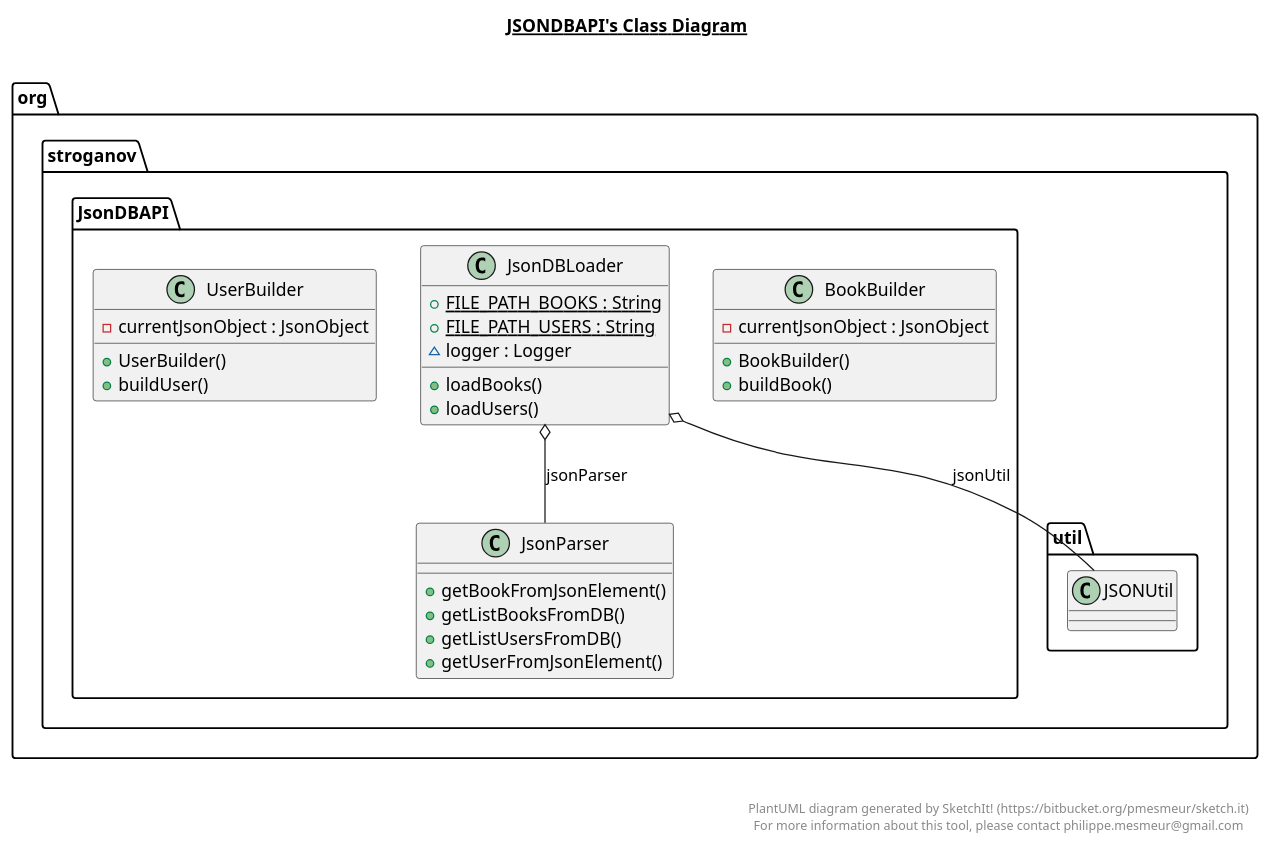
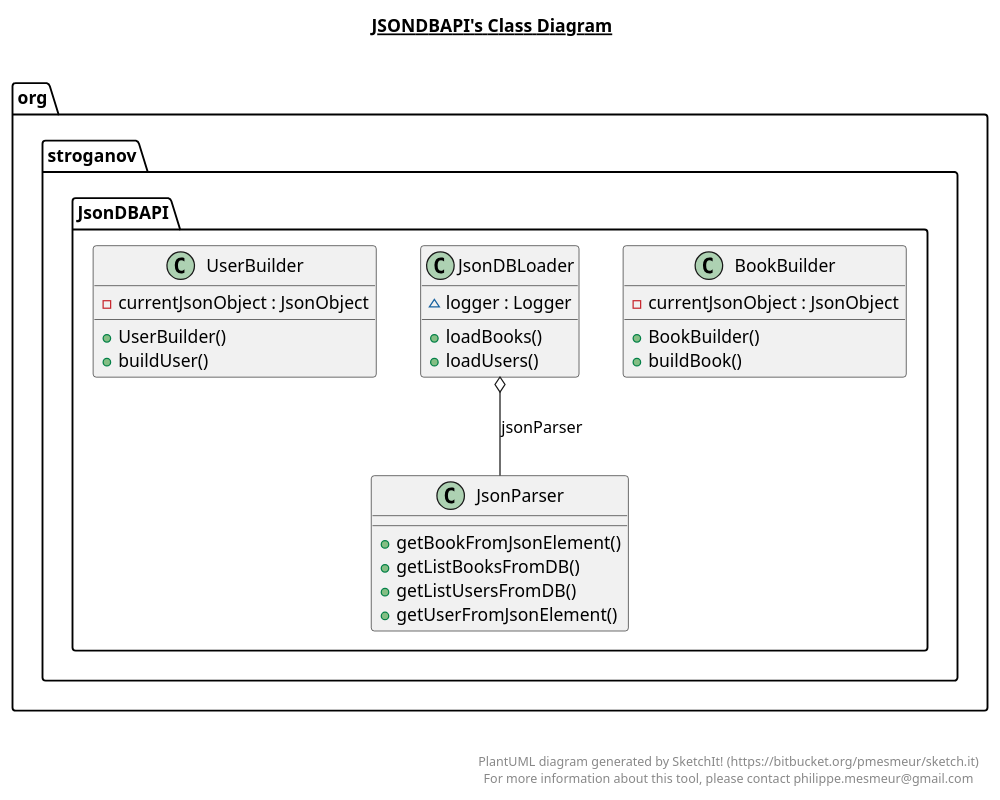
Before and after one commit to SergeyStroganoff/LibraryApp: the diagram in src/main/java/org/stroganov/JsonDBAPI/JsonDBAPI.plantuml, drawn with PlantUML. The commit also changed 14 other files, not shown here.

Commit message:
change JsonDBLoader

```diff
--- a/src/main/java/org/stroganov/JsonDBAPI/JsonDBAPI.plantuml
+++ b/src/main/java/org/stroganov/JsonDBAPI/JsonDBAPI.plantuml
@@ -1,63 +1,60 @@
 @startuml
 
 title __JSONDBAPI's Class Diagram__\n
 
   namespace org.stroganov {
     namespace JsonDBAPI {
       class org.stroganov.JsonDBAPI.BookBuilder {
           - currentJsonObject : JsonObject
           + BookBuilder()
           + buildBook()
       }
     }
   }
   
 
   namespace org.stroganov {
     namespace JsonDBAPI {
       class org.stroganov.JsonDBAPI.JsonDBLoader {
-          {static} + FILE_PATH_BOOKS : String
-          {static} + FILE_PATH_USERS : String
           ~ logger : Logger
           + loadBooks()
           + loadUsers()
       }
     }
   }
   
 
   namespace org.stroganov {
     namespace JsonDBAPI {
       class org.stroganov.JsonDBAPI.JsonParser {
           + getBookFromJsonElement()
           + getListBooksFromDB()
           + getListUsersFromDB()
           + getUserFromJsonElement()
       }
     }
   }
   
 
   namespace org.stroganov {
     namespace JsonDBAPI {
       class org.stroganov.JsonDBAPI.UserBuilder {
           - currentJsonObject : JsonObject
           + UserBuilder()
           + buildUser()
       }
     }
   }
   
 
   org.stroganov.JsonDBAPI.JsonDBLoader o-- org.stroganov.JsonDBAPI.JsonParser : jsonParser
-  org.stroganov.JsonDBAPI.JsonDBLoader o-- org.stroganov.util.JSONUtil : jsonUtil
 
 
 right footer
 
 
 PlantUML diagram generated by SketchIt! (https://bitbucket.org/pmesmeur/sketch.it)
 For more information about this tool, please contact philippe.mesmeur@gmail.com
 endfooter
 
 @enduml
```
